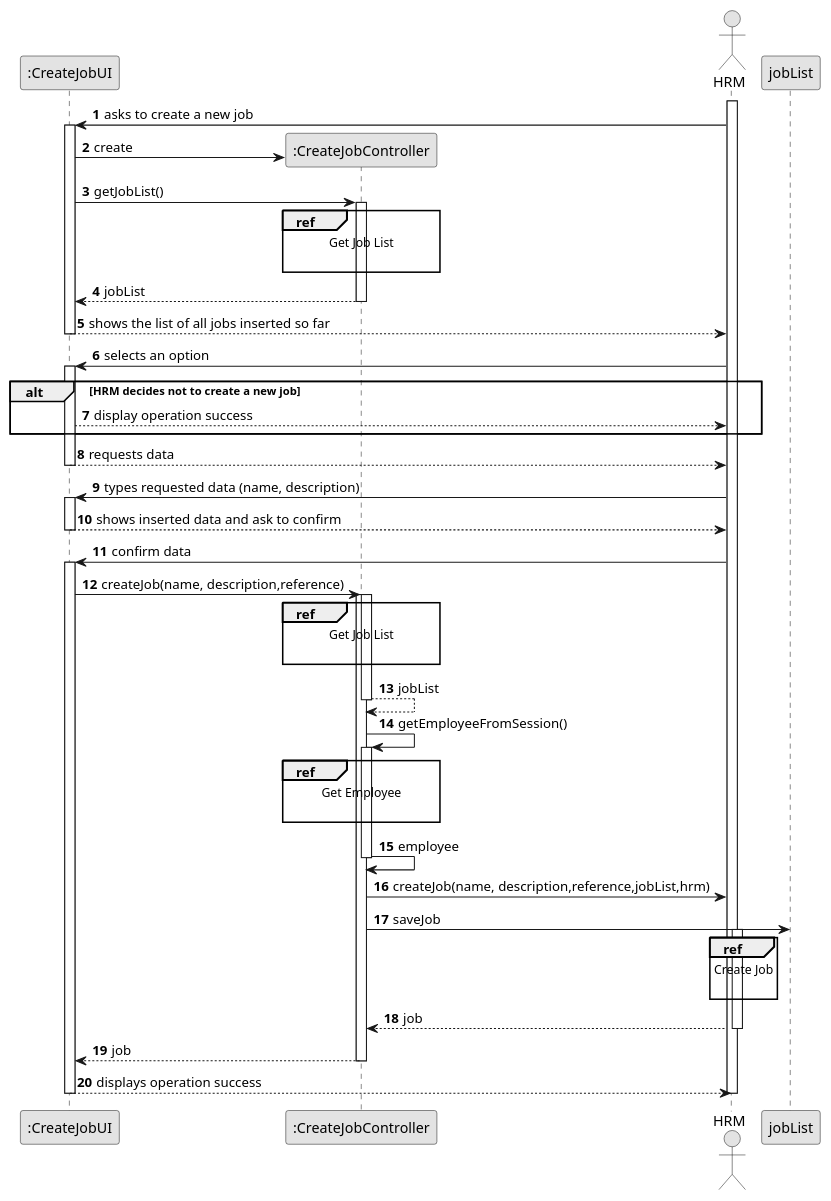
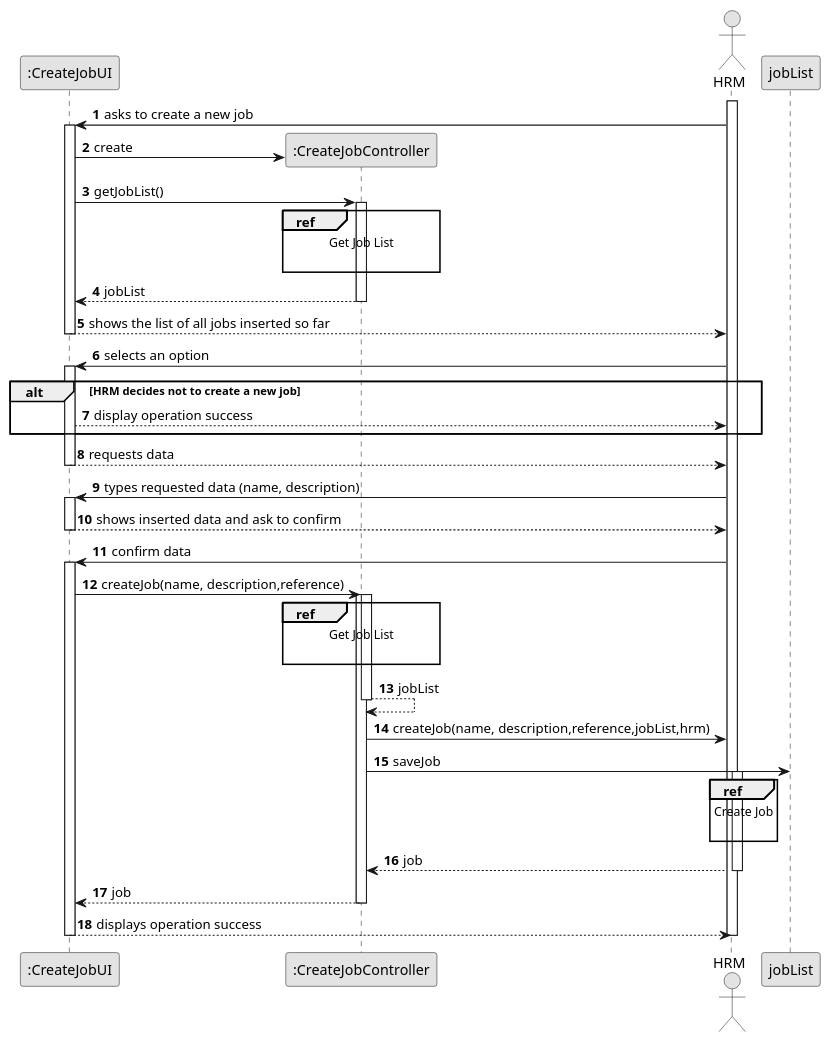
The diagram in docs/sprintA&B/us002/03.design/puml/us002-sequence-diagram-split.puml (daniel41silva05/ISEP_2023_2024_LAPR2), drawn with PlantUML before and after one commit. The commit also changed 9 other files, not shown here.

```diff
--- a/docs/sprintA&B/us002/03.design/puml/us002-sequence-diagram-split.puml
+++ b/docs/sprintA&B/us002/03.design/puml/us002-sequence-diagram-split.puml
@@ -1,100 +1,100 @@
 @startuml
 skinparam monochrome true
 skinparam packageStyle rectangle
 skinparam shadowing false
 
 autonumber
 
 'hide footbox
 actor "HRM" as HRM
 participant ":CreateJobUI" as UI
 participant ":CreateJobController" as CTRL
 participant "hrm\n:HRM" as HRM
 participant "jobList" as LIST
 
 activate HRM
 
     HRM -> UI : asks to create a new job
 
     activate UI
 
         UI -> CTRL** : create
         UI -> CTRL : getJobList()
         ref over CTRL
             Get Job List
 
         end ref
 
         activate CTRL
 
             CTRL --> UI : jobList
         deactivate CTRL
 
         UI --> HRM : shows the list of all jobs inserted so far
     deactivate UI
 
     HRM -> UI : selects an option
     activate UI
 
     alt HRM decides not to create a new job
         UI --> HRM : display operation success
     end
 
         UI --> HRM : requests data
     deactivate UI
 
     HRM -> UI : types requested data (name, description)
     activate UI
 
         UI --> HRM : shows inserted data and ask to confirm
     deactivate UI
 
     HRM -> UI : confirm data
     activate UI
 
         UI -> CTRL : createJob(name, description,reference)
         activate CTRL
 
 '            CTRL -> CTRL : getTaskCategoryByDescription(taskCategoryDescription)
             activate CTRL
 
                 ref over CTRL
                     Get Job List
 
                 end ref
 
                 CTRL --> CTRL : jobList
             deactivate CTRL
 
-            CTRL -> CTRL : getEmployeeFromSession()
-            activate CTRL
+'            CTRL -> CTRL : getEmployeeFromSession()
+'            activate CTRL
 
-                ref over CTRL
-                    Get Employee
+'                ref over CTRL
+'                    Get Employee
 
-                end ref
-                CTRL -> CTRL : employee
-            deactivate CTRL
+'                end ref
+'                CTRL -> CTRL : employee
+'            deactivate CTRL
 
             CTRL -> HRM: createJob(name, description,reference,jobList,hrm)
 
             CTRL -> LIST : saveJob
 
             activate HRM
 
                 ref over HRM
                     Create Job
 
                 end
 
                 HRM --> CTRL : job
             deactivate HRM
 
             CTRL --> UI: job
             deactivate CTRL
             UI --> HRM: displays operation success
     deactivate UI
 
 deactivate HRM
 
 @enduml
```
